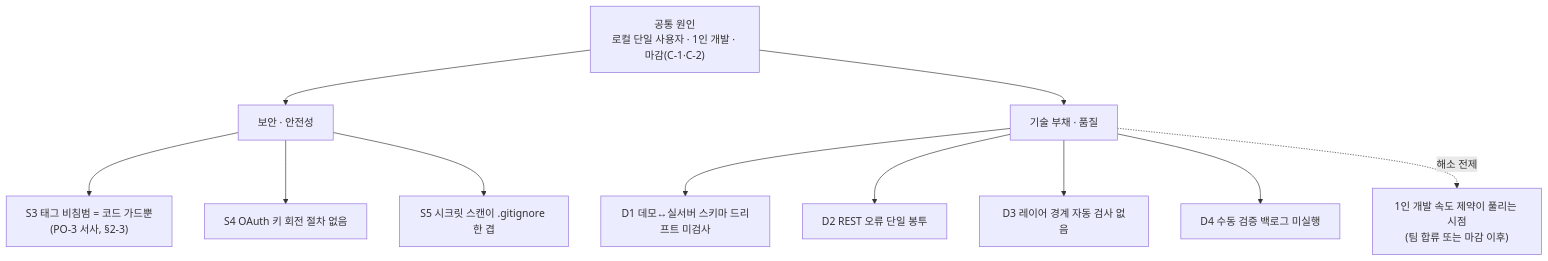
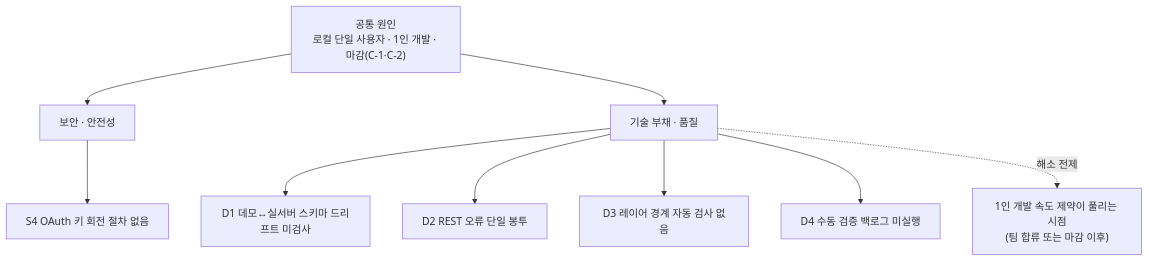
Before and after one commit to gamercross/my-setup-proj: the second of 2 diagrams in docs/REVERSE_PLAN.md, drawn with Mermaid. The commit also changed other lines of this file and 26 other files, not shown here.

First line of the commit message:
fix(security): S3·S5 — 태그 비침범 DB 트리거 + pre-commit 시크릿 스캔

````diff
--- a/docs/REVERSE_PLAN.md
+++ b/docs/REVERSE_PLAN.md
@@ -510,17 +493,15 @@
 ```mermaid
 flowchart TB
   ROOT["공통 원인<br/>로컬 단일 사용자 · 1인 개발 · 마감(C-1·C-2)"]
   ROOT --> SEC["보안 · 안전성"]
   ROOT --> QUAL["기술 부채 · 품질"]
 
-  SEC --> S3["S3 태그 비침범 = 코드 가드뿐<br/>(PO-3 서사, §2-3)"]
   SEC --> S4["S4 OAuth 키 회전 절차 없음"]
-  SEC --> S5["S5 시크릿 스캔이 .gitignore 한 겹"]
 
   QUAL --> D1["D1 데모↔실서버 스키마 드리프트 미검사"]
   QUAL --> D2["D2 REST 오류 단일 봉투"]
   QUAL --> D3["D3 레이어 경계 자동 검사 없음"]
   QUAL --> D4["D4 수동 검증 백로그 미실행"]
 
   QUAL -.해소 전제.-> FIX2["1인 개발 속도 제약이 풀리는 시점<br/>(팀 합류 또는 마감 이후)"]
 ```
````
